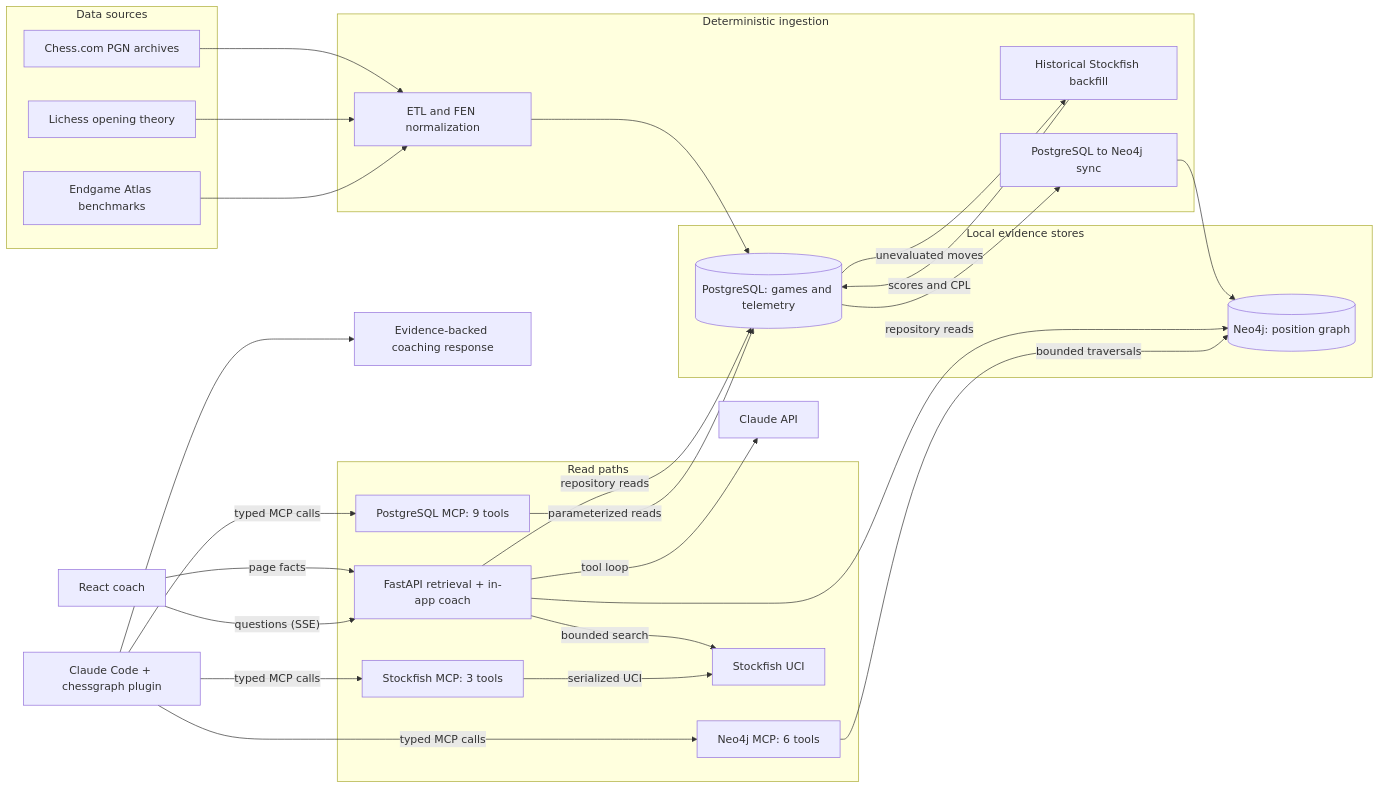
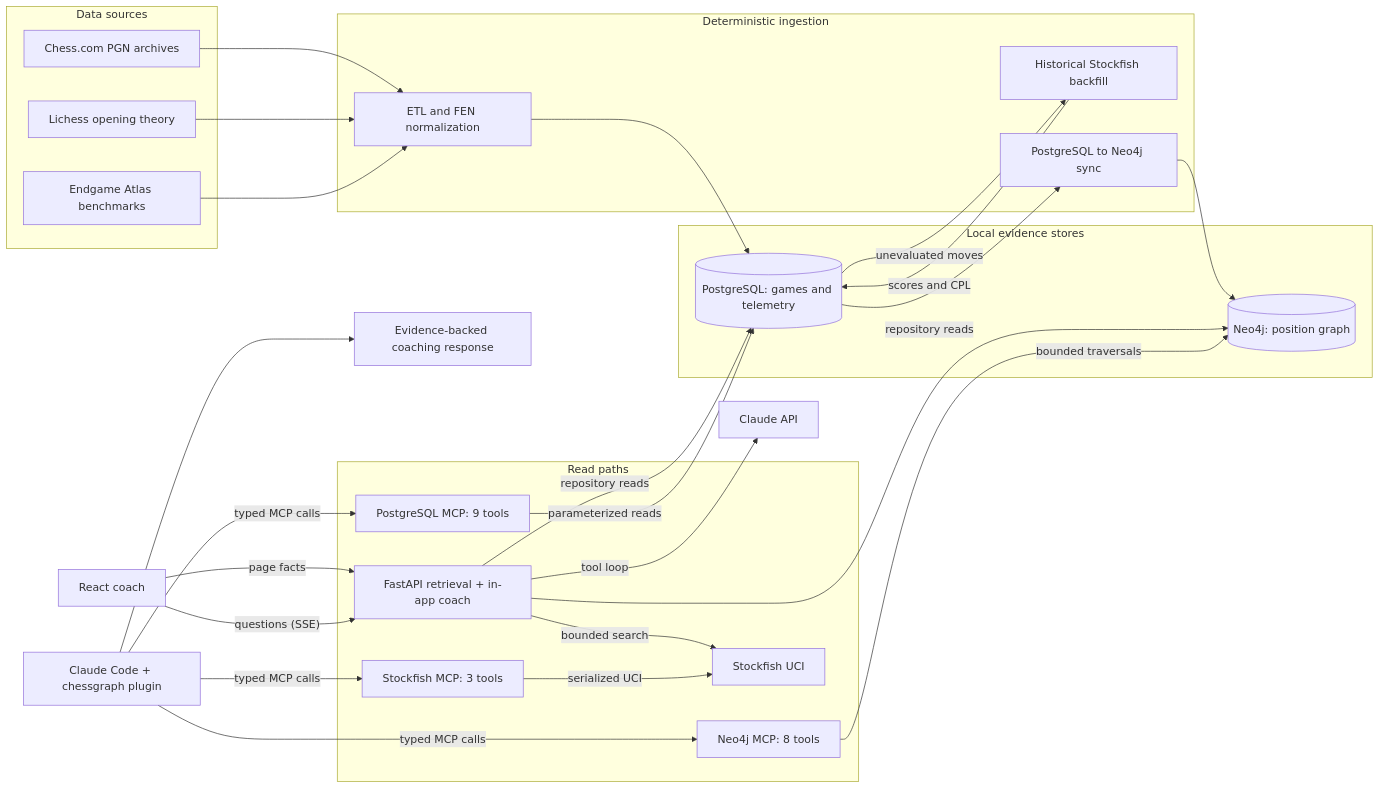
The first of 2 diagrams in README.md (JunENSAI/ChessGraph-MCP), drawn with Mermaid before and after one commit. The commit also changed other lines of this file and 34 other files, not shown here.

First line of the commit message:
feat: batch 4 - Stockfish backfill fix, read indexes, Neo4j graph v2

````diff
--- a/README.md
+++ b/README.md
@@ -48,54 +48,54 @@
 ```mermaid
 flowchart LR
     subgraph sources [Data sources]
         pgn["Chess.com PGN archives"]
         openings["Lichess opening theory"]
         endgames["Endgame Atlas benchmarks"]
     end
 
     subgraph ingestion [Deterministic ingestion]
         normalizer["ETL and FEN normalization"]
         backfill["Historical Stockfish backfill"]
         graphSync["PostgreSQL to Neo4j sync"]
     end
 
     subgraph knowledge [Local evidence stores]
         postgres[("PostgreSQL: games and telemetry")]
         neo4j[("Neo4j: position graph")]
     end
 
     subgraph runtime [Read paths]
         api["FastAPI retrieval + in-app coach"]
         pgMcp["PostgreSQL MCP: 9 tools"]
-        graphMcp["Neo4j MCP: 6 tools"]
+        graphMcp["Neo4j MCP: 8 tools"]
         sfMcp["Stockfish MCP: 3 tools"]
         stockfish["Stockfish UCI"]
     end
 
     ui["React coach"]
     host["Claude Code + chessgraph plugin"]
     coach["Evidence-backed coaching response"]
 
     pgn --> normalizer
     openings --> normalizer
     endgames --> normalizer
     normalizer --> postgres
     postgres -->|"unevaluated moves"| backfill
     backfill -->|"scores and CPL"| postgres
     postgres --> graphSync
     graphSync --> neo4j
 
     ui -->|"page facts"| api
     ui -->|"questions (SSE)"| api
     api -->|"tool loop"| claudeApi["Claude API"]
     api -->|"repository reads"| postgres
     api -->|"repository reads"| neo4j
     api -->|"bounded search"| stockfish
     host -->|"typed MCP calls"| pgMcp
     host -->|"typed MCP calls"| graphMcp
     host -->|"typed MCP calls"| sfMcp
     pgMcp -->|"parameterized reads"| postgres
     graphMcp -->|"bounded traversals"| neo4j
     sfMcp -->|"serialized UCI"| stockfish
     host --> coach
 ```
````
